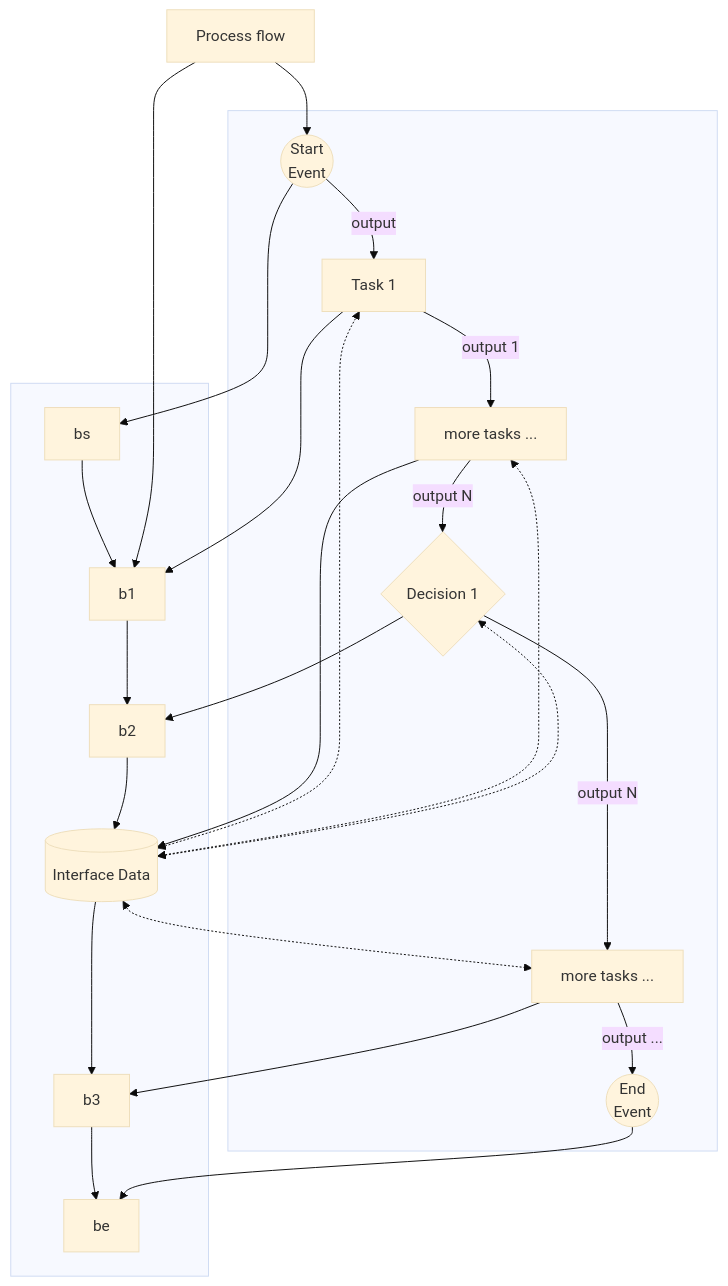
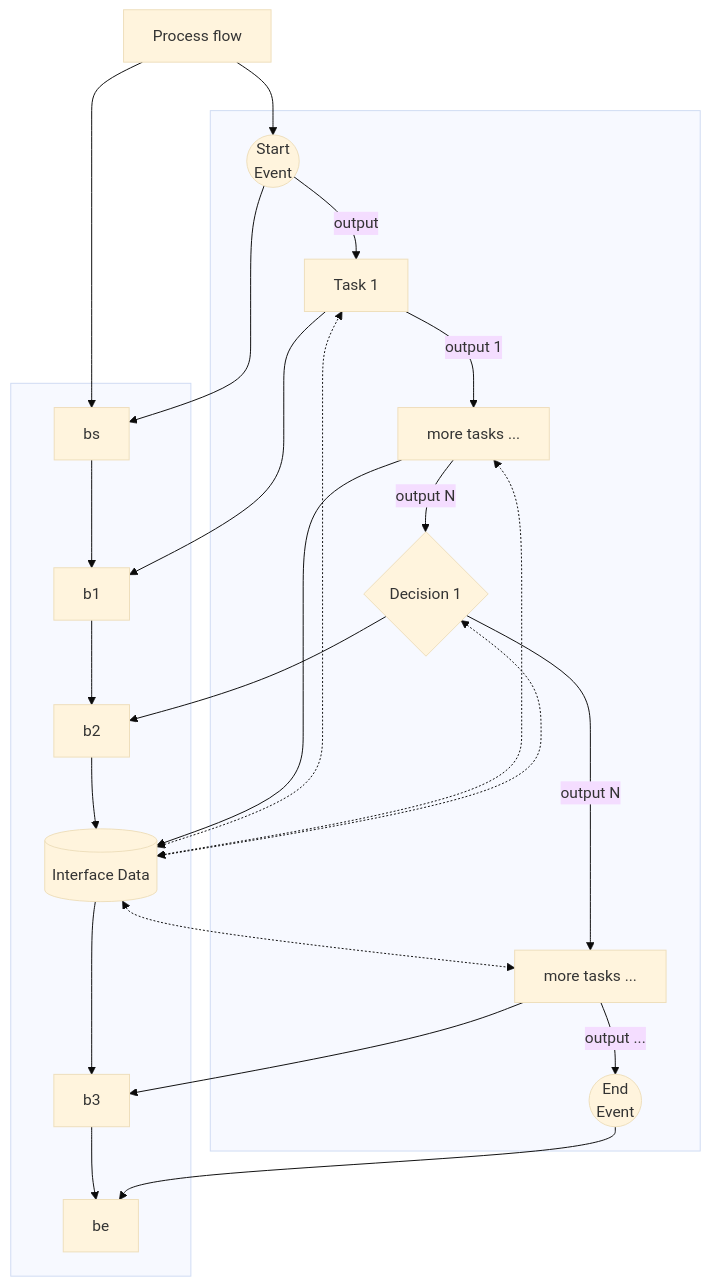
Before and after one commit to Paulo-Reis-Rosa/test-git-commands: the fifth of 6 diagrams in README.md, drawn with Mermaid (base theme).

Commit message:
Fix typo in README for w mapping

````diff
--- a/README.md
+++ b/README.md
@@ -190,35 +190,35 @@
 ```mermaid
 graph TD
 	w[Process flow];
 
 	subgraph  ;
 		se((Start<br>Event))-->|output|t1[Task 1];
 		t1-->|output 1|t2[more tasks ...];
 		t2-->|output N|d1{Decision 1};
 		d1-->|output N|t3[more tasks ...];
 		t3-->|output ...|ed((End<br>Event));
 	end
 
 	subgraph  ;
 		bs --> b1;
 		b1 --> b2;
 		b2 --> i1[(Interface Data)];
 		i1 --> b3;
 		b3 --> be;
 	end;
 
 	w-->se;
-	w-->b1;
+	w-->bs;
 
 	se-->bs;
 	t1-->b1;
 	t2-->i1;
 	d1-->b2;
 	t3-->b3;
 	ed-->be;
 
 	i1<-.->t1;
 	i1<-.->t2;
 	i1<-.->t3;
 	i1<-.->d1;
 ```
````
